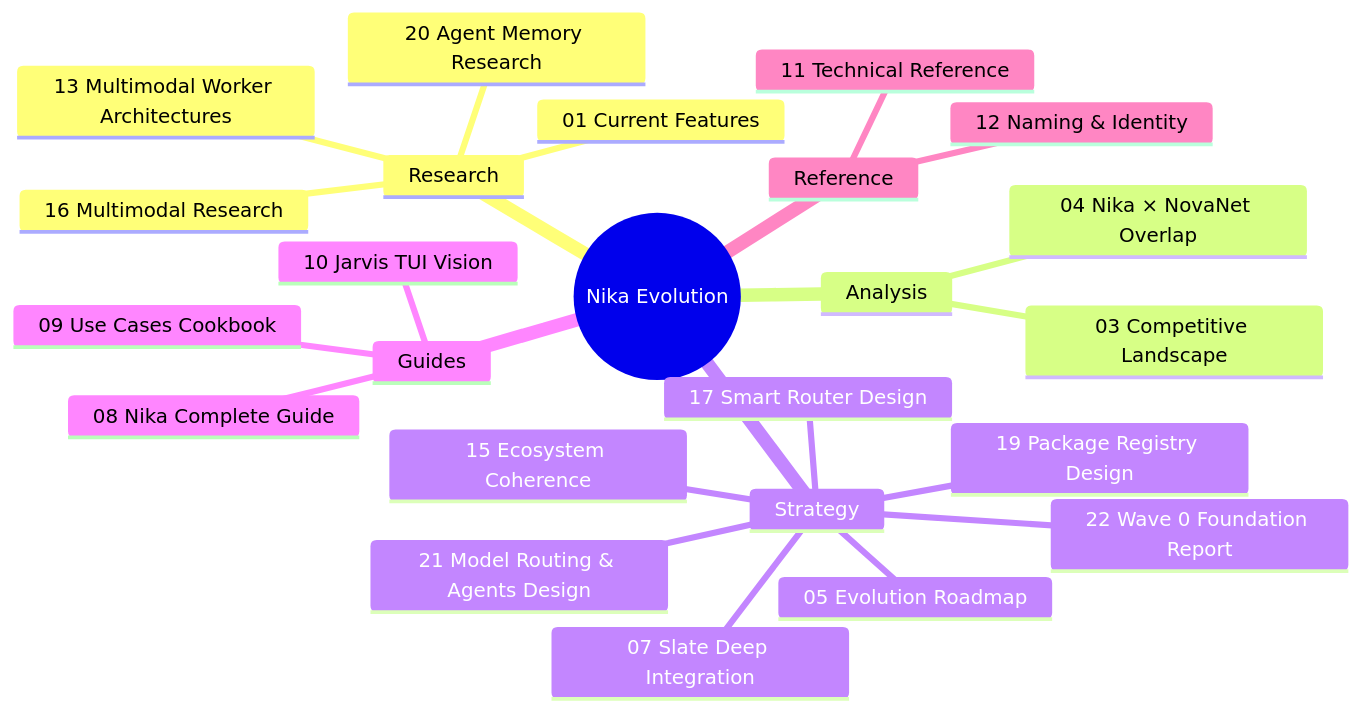
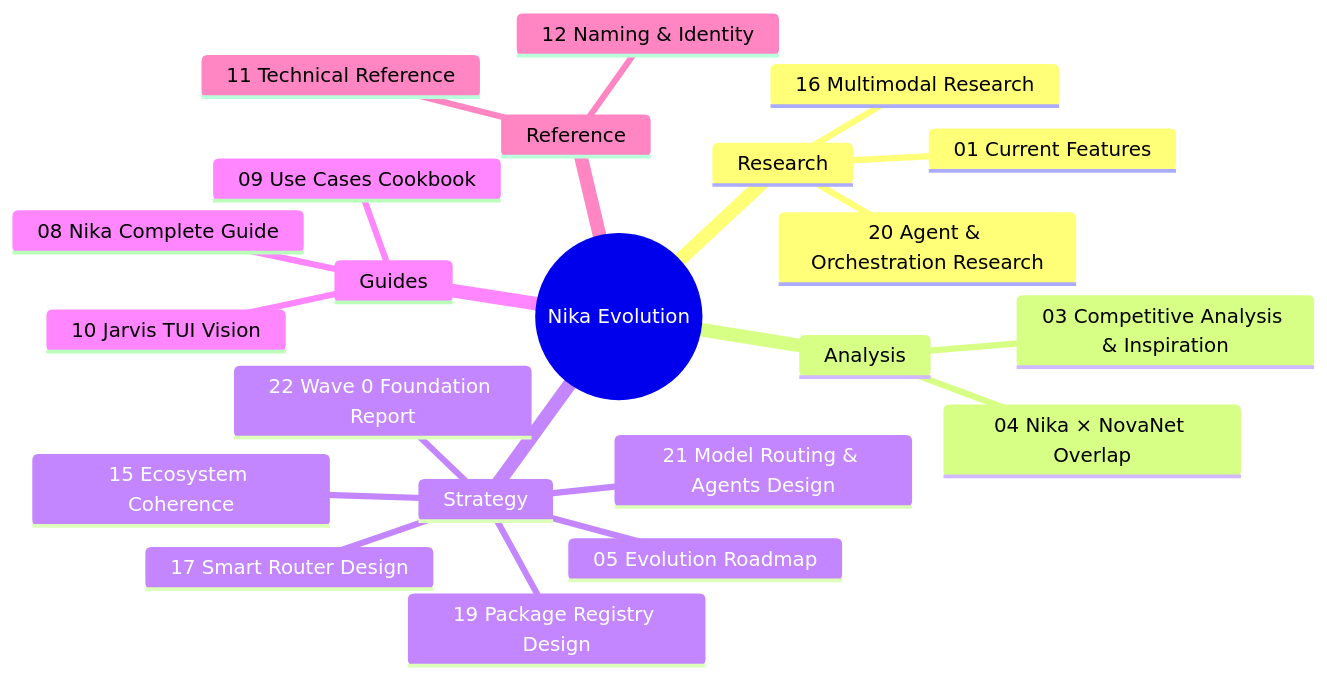
Before and after one commit to supernovae-st/nika: the first of 4 diagrams in docs/vision/00-README.md, drawn with Mermaid. The commit also changed other lines of this file and 21 other files, not shown here.

````diff
--- a/docs/vision/00-README.md
+++ b/docs/vision/00-README.md
@@ -12,27 +12,25 @@
 ```mermaid
 mindmap
   root((Nika Evolution))
     Research
       01 Current Features
-      13 Multimodal Worker Architectures
       16 Multimodal Research
-      20 Agent Memory Research
+      20 Agent & Orchestration Research
     Analysis
-      03 Competitive Landscape
+      03 Competitive Analysis & Inspiration
       04 Nika × NovaNet Overlap
     Strategy
       05 Evolution Roadmap
-      07 Slate Deep Integration
       15 Ecosystem Coherence
       17 Smart Router Design
       19 Package Registry Design
       21 Model Routing & Agents Design
       22 Wave 0 Foundation Report
     Guides
       08 Nika Complete Guide
       09 Use Cases Cookbook
       10 Jarvis TUI Vision
     Reference
       11 Technical Reference
       12 Naming & Identity
 ```
````
